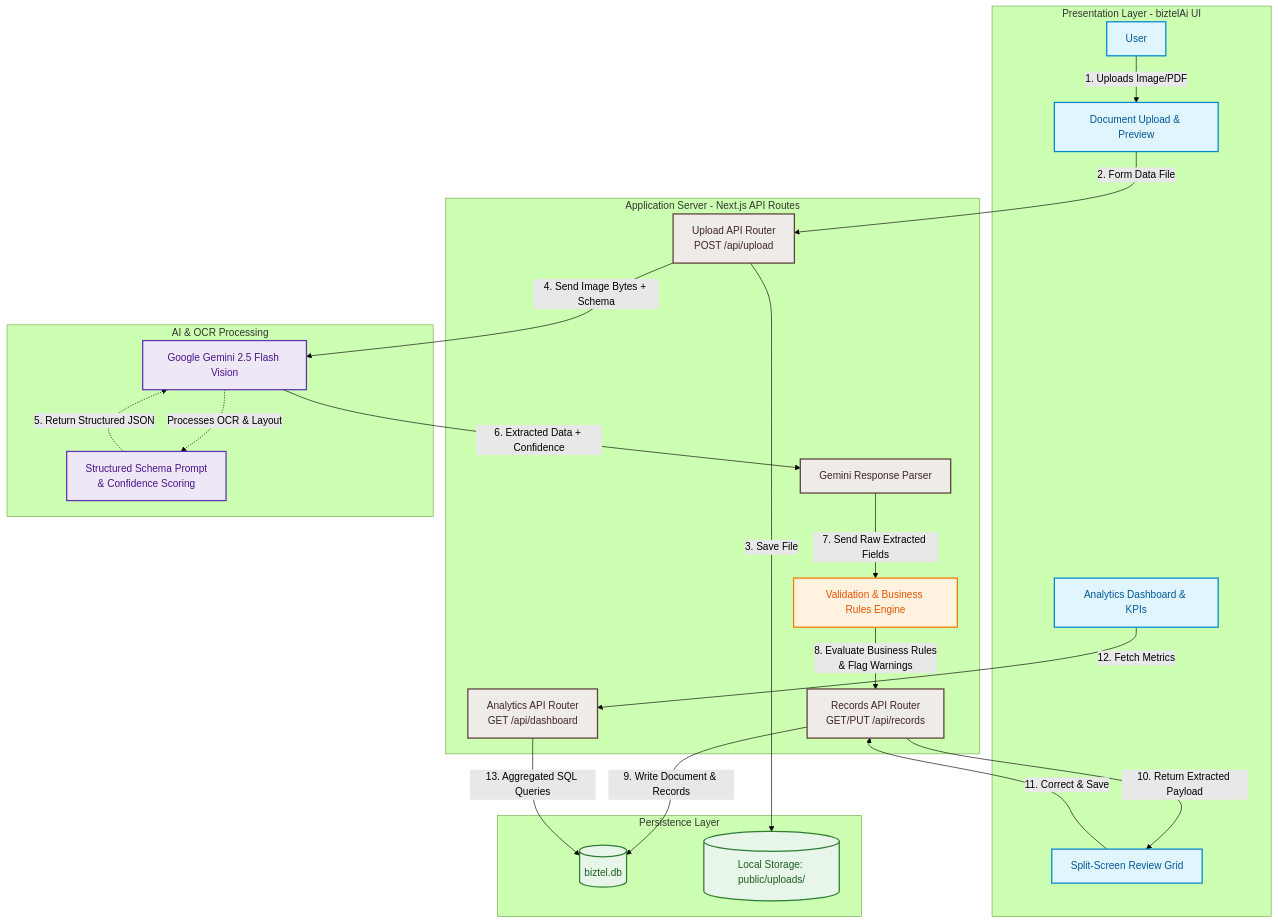
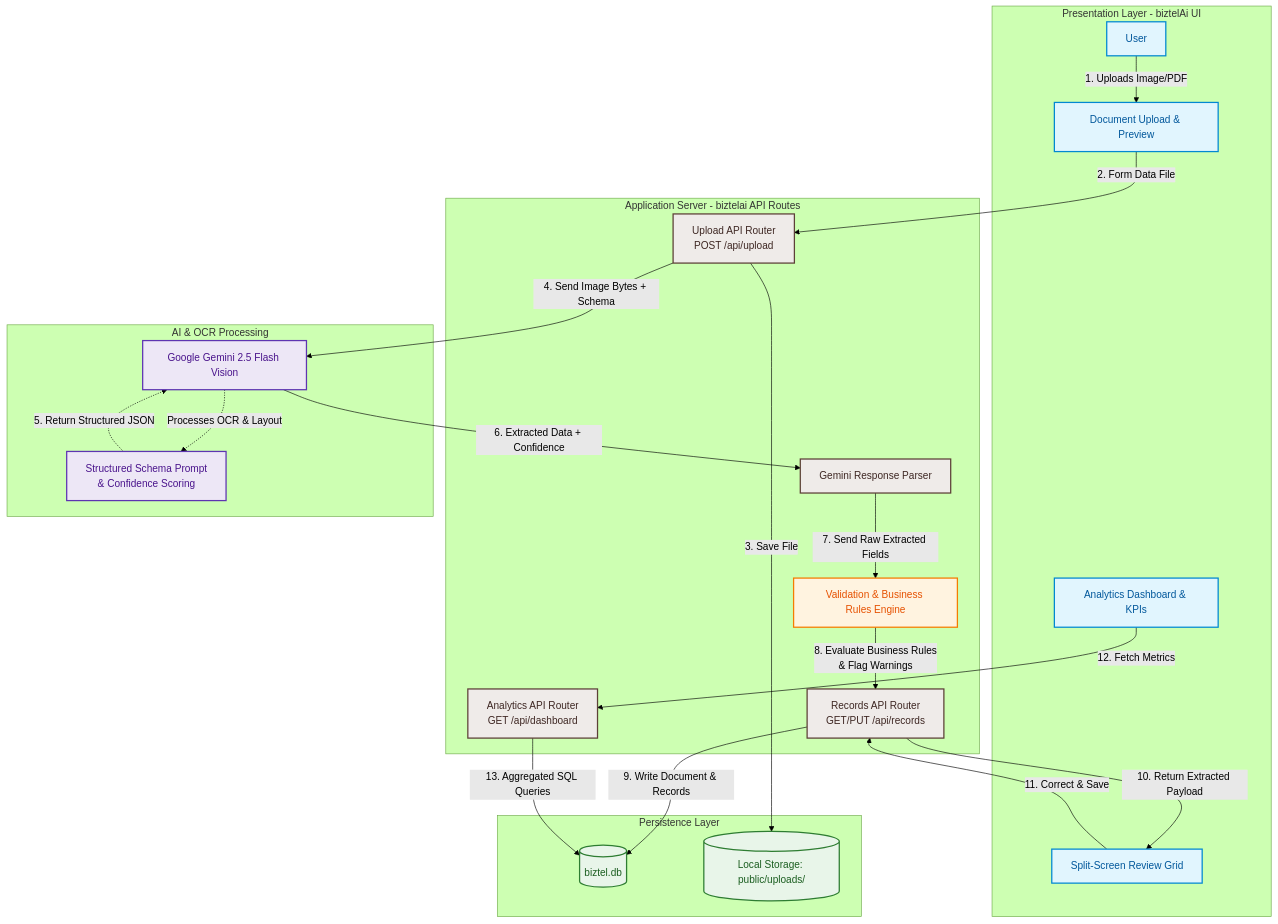
One commit to nanthitha25/biztelai changed the first of 8 diagrams in README.md. Above: the diagram before and after it, drawn with Mermaid (forest theme).

Commit message:
Update Backend section to reflect API changes

````diff
--- a/README.md
+++ b/README.md
@@ -45,67 +45,67 @@
 ```mermaid
 graph TB
     %% Styling definitions
     classDef client fill:#e1f5fe,stroke:#0288d1,stroke-width:2px,color:#01579b;
     classDef server fill:#efebe9,stroke:#5d4037,stroke-width:2px,color:#3e2723;
     classDef ai fill:#ede7f6,stroke:#5e35b1,stroke-width:2px,color:#4a148c;
     classDef db fill:#e8f5e9,stroke:#2e7d32,stroke-width:2px,color:#1b5e20;
     classDef val fill:#fff3e0,stroke:#f57c00,stroke-width:2px,color:#e65100;
 
     %% Client / Presentation Layer
     subgraph Client [Presentation Layer - biztelAi  UI]
         User
         UploadView[Document Upload & Preview]
         ReviewGrid[Split-Screen Review Grid]
         DashboardView[Analytics Dashboard & KPIs]
     end
 
     %% Application Server
-    subgraph Backend [Application Server - Next.js API Routes]
+    subgraph Backend [Application Server - biztelai API Routes]
         UploadAPI[Upload API Router<br>POST /api/upload]
         RecordsAPI[Records API Router<br>GET/PUT /api/records]
         AnalyticsAPI[Analytics API Router<br>GET /api/dashboard]
         
         Parser[Gemini Response Parser]
         ValEngine[Validation & Business Rules Engine]
     end
 
     %% AI / LLM Processing
     subgraph AI [AI & OCR Processing]
         Gemini[Google Gemini 2.5 Flash Vision]
         SysPrompt[Structured Schema Prompt<br>& Confidence Scoring]
     end
 
     %% Data Storage
     subgraph Storage [Persistence Layer]
         SQLite[( biztel.db)]
         UploadsFolder[(Local Storage: public/uploads/)]
     end
 
     %% Connections & Flow
     User -->|1. Uploads Image/PDF| UploadView
     UploadView -->|2. Form Data File| UploadAPI
     UploadAPI -->|3. Save File| UploadsFolder
     UploadAPI -->|4. Send Image Bytes + Schema| Gemini
     Gemini -.->|Processes OCR & Layout| SysPrompt
     SysPrompt -.->|5. Return Structured JSON| Gemini
     Gemini -->|6. Extracted Data + Confidence| Parser
     
     Parser -->|7. Send Raw Extracted Fields| ValEngine
     ValEngine -->|8. Evaluate Business Rules<br>& Flag Warnings| RecordsAPI
     
     RecordsAPI -->|9. Write Document & Records| SQLite
     RecordsAPI -->|10. Return Extracted Payload| ReviewGrid
     
     ReviewGrid -->|11. Correct & Save| RecordsAPI
     
     DashboardView -->|12. Fetch Metrics| AnalyticsAPI
     AnalyticsAPI -->|13. Aggregated SQL Queries| SQLite
 
     %% Apply Classes
     class User,UploadView,ReviewGrid,DashboardView client;
     class UploadAPI,RecordsAPI,AnalyticsAPI,Parser server;
     class Gemini,SysPrompt ai;
     class SQLite,UploadsFolder db;
     class ValEngine val;
 
 ```
````
